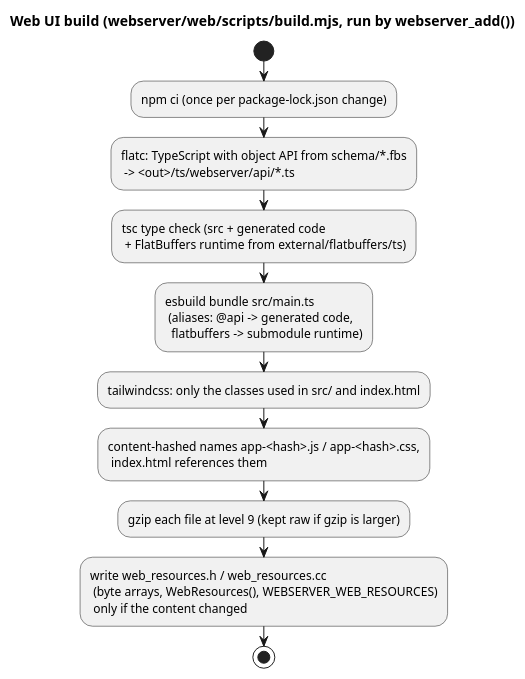
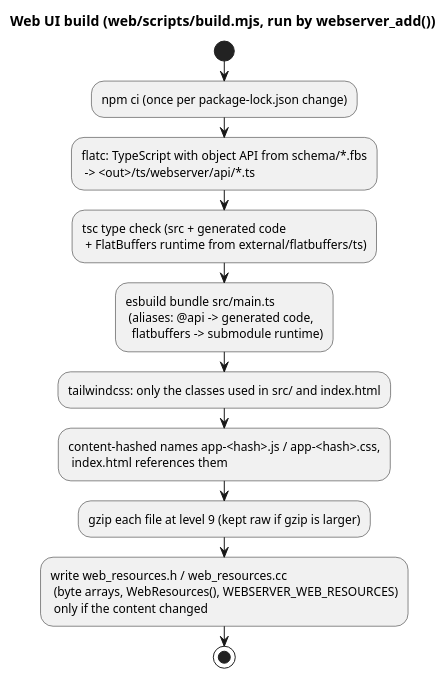
The diagram in docs/web_ui_build.puml (ertekinsener/embedded-webserver), drawn with PlantUML before and after one commit. The commit also changed 18 other files, not shown here.

```diff
--- a/docs/web_ui_build.puml
+++ b/docs/web_ui_build.puml
@@ -1,21 +1,21 @@
 @startuml web_ui_build
-title Web UI build (webserver/web/scripts/build.mjs, run by webserver_add())
+title Web UI build (web/scripts/build.mjs, run by webserver_add())
 
 start
 :npm ci (once per package-lock.json change);
 :flatc: TypeScript with object API from schema/*.fbs
  -> <out>/ts/webserver/api/*.ts;
 :tsc type check (src + generated code
  + FlatBuffers runtime from external/flatbuffers/ts);
 :esbuild bundle src/main.ts
  (aliases: @api -> generated code,
   flatbuffers -> submodule runtime);
 :tailwindcss: only the classes used in src/ and index.html;
 :content-hashed names app-<hash>.js / app-<hash>.css,
  index.html references them;
 :gzip each file at level 9 (kept raw if gzip is larger);
 :write web_resources.h / web_resources.cc
  (byte arrays, WebResources(), WEBSERVER_WEB_RESOURCES)
  only if the content changed;
 stop
 @enduml
```
